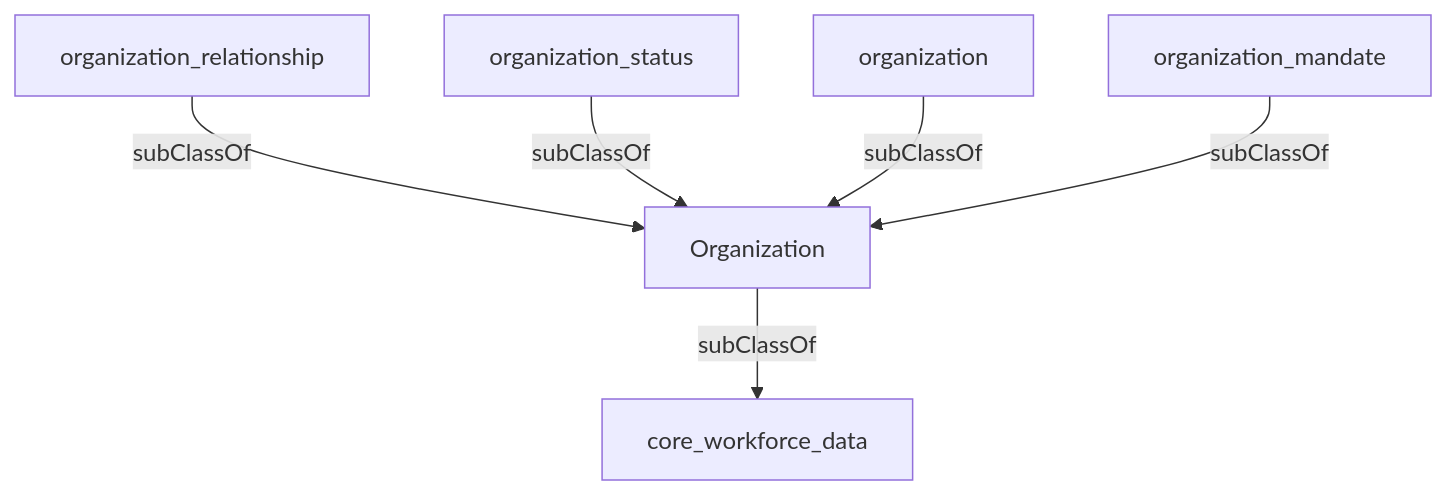
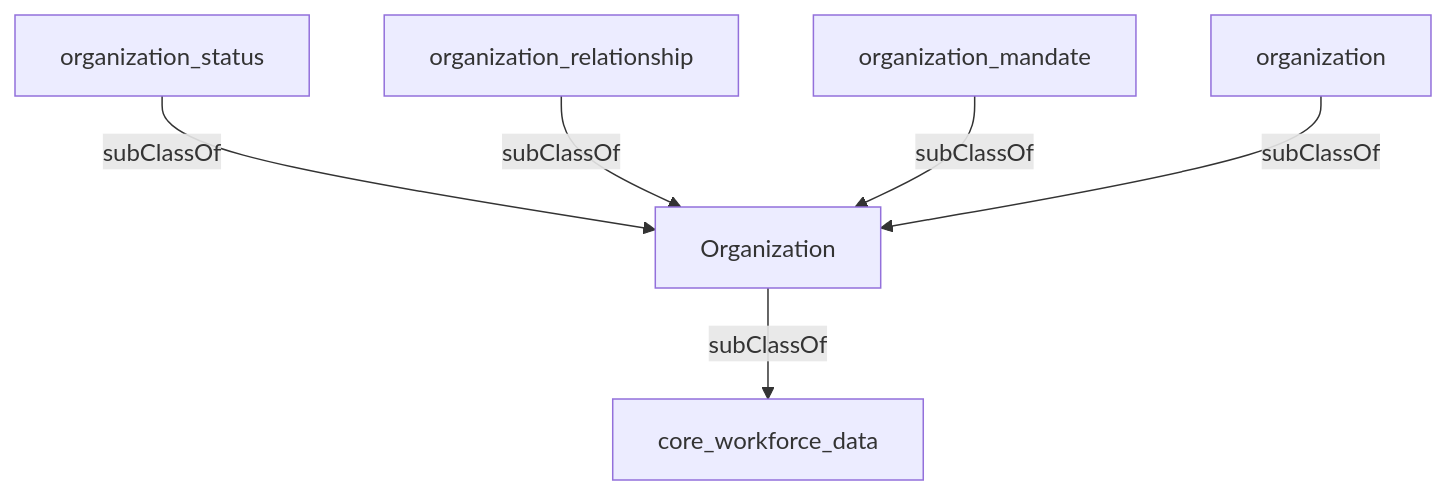
Before and after one commit to heidingaway/heidi2: the diagram in content/hr_data_model/area_organization.md, drawn with Mermaid. The commit also changed other lines of this file and 350 other files, not shown here.

````diff
--- a/content/hr_data_model/area_organization.md
+++ b/content/hr_data_model/area_organization.md
@@ -24,14 +25,14 @@
 ```mermaid
 graph TD
   Organization["Organization"]:::current-page-node
   core_workforce_data["core_workforce_data"]
   organization_status["organization_status"]
   organization_mandate["organization_mandate"]
   organization["organization"]
   organization_relationship["organization_relationship"]
+  organization_status-->|" subClassOf "|Organization
   organization_relationship-->|" subClassOf "|Organization
-  organization_status-->|" subClassOf "|Organization
+  organization_mandate-->|" subClassOf "|Organization
   organization-->|" subClassOf "|Organization
-  organization_mandate-->|" subClassOf "|Organization
   Organization-->|" subClassOf "|core_workforce_data
 ```
````
